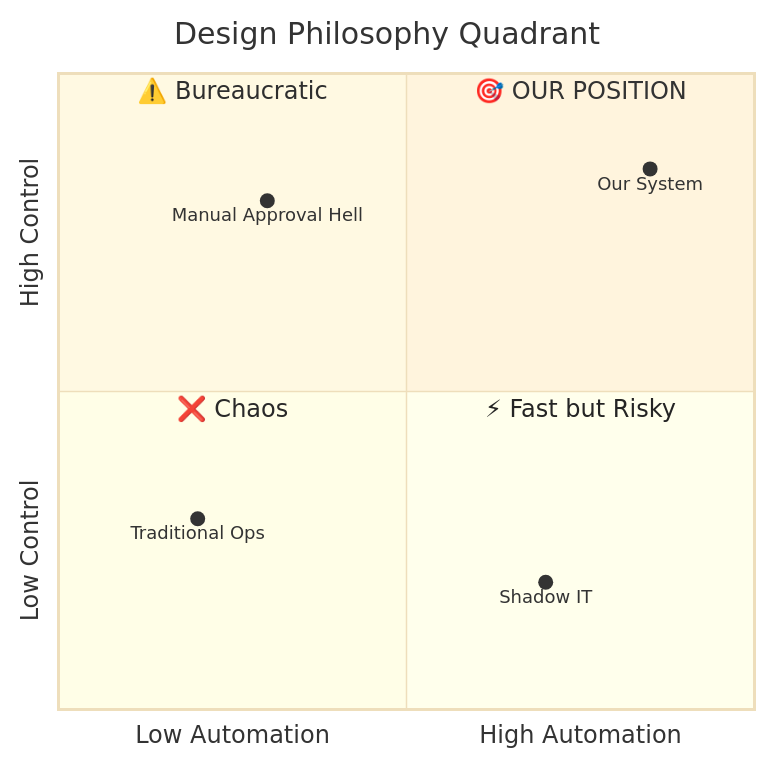
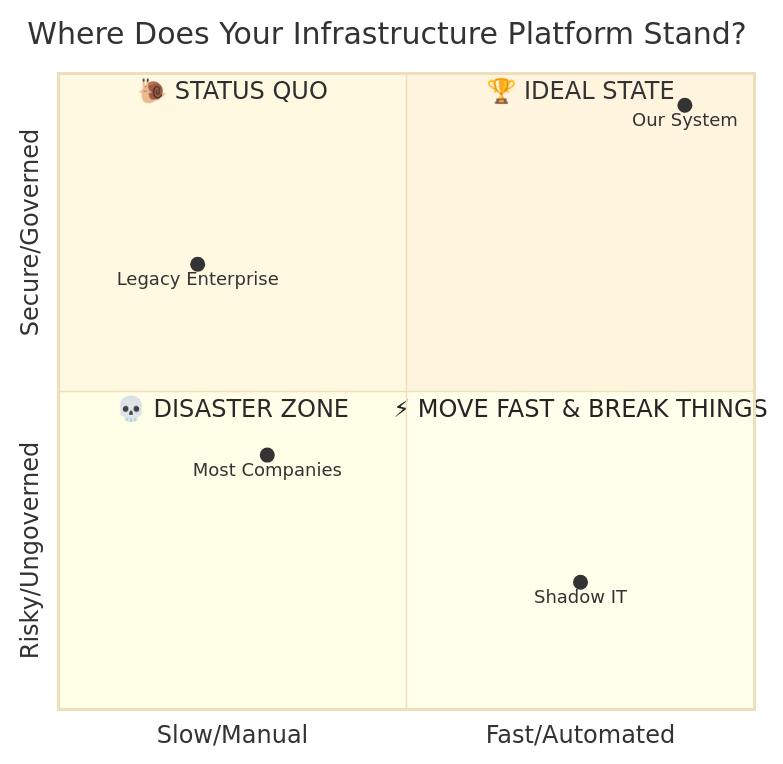
Before and after one commit to Terraform-centilazed-pipline/centerlized-pipline-: the third of 25 diagrams in EXECUTIVE-WORKFLOW-OVERVIEW.md, drawn with Mermaid. The commit also changed other lines of this file, not shown here.

````diff
--- a/EXECUTIVE-WORKFLOW-OVERVIEW.md
+++ b/EXECUTIVE-WORKFLOW-OVERVIEW.md
@@ -65,15 +156,15 @@
 ```mermaid
-%%{init: {'theme':'base', 'themeVariables': {'fontSize':'14px'}}}%%
+%%{init: {'theme':'base'}}%%
 quadrantChart
-    title Design Philosophy Quadrant
-    x-axis Low Automation --> High Automation
-    y-axis Low Control --> High Control
-    quadrant-1 "🎯 OUR POSITION"
-    quadrant-2 "⚠️ Bureaucratic"
-    quadrant-3 "❌ Chaos"
-    quadrant-4 "⚡ Fast but Risky"
-    "Traditional Ops": [0.2, 0.3]
-    "Shadow IT": [0.7, 0.2]
-    "Manual Approval Hell": [0.3, 0.8]
-    "Our System": [0.85, 0.85]
+    title Where Does Your Infrastructure Platform Stand?
+    x-axis Slow/Manual --> Fast/Automated
+    y-axis Risky/Ungoverned --> Secure/Governed
+    quadrant-1 "🏆 IDEAL STATE"
+    quadrant-2 "🐌 STATUS QUO"
+    quadrant-3 "💀 DISASTER ZONE"
+    quadrant-4 "⚡ MOVE FAST & BREAK THINGS"
+    "Most Companies": [0.3, 0.4]
+    "Shadow IT": [0.75, 0.2]
+    "Legacy Enterprise": [0.2, 0.7]
+    "Our System": [0.9, 0.95]
 ```
````
